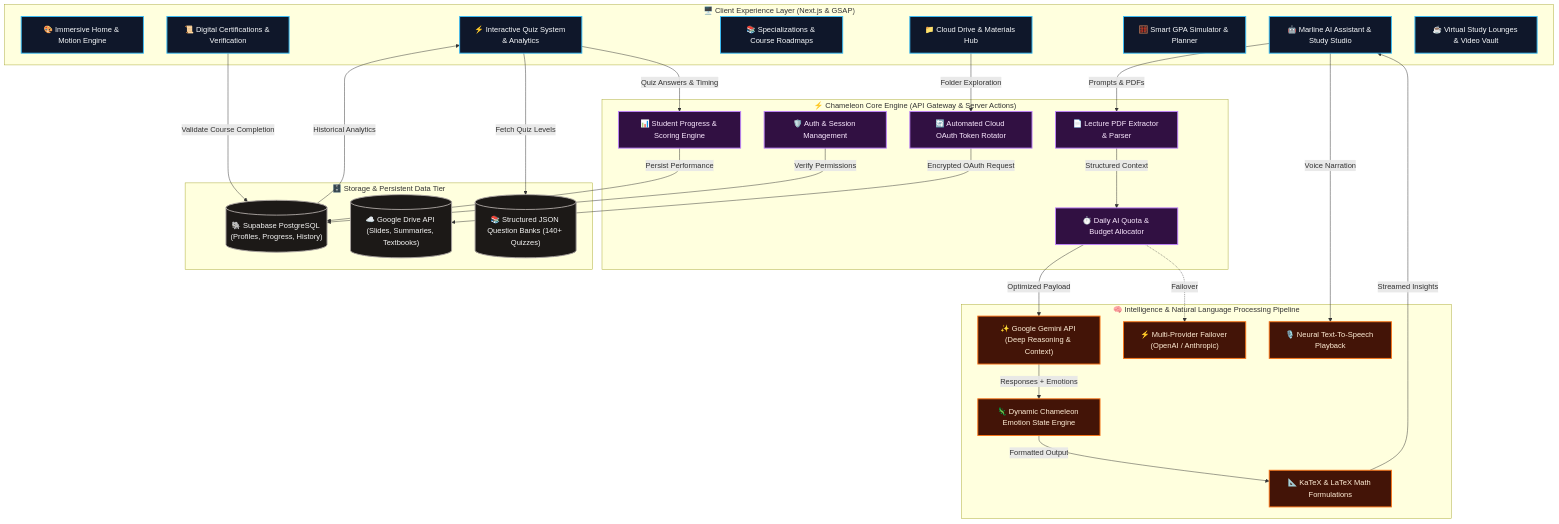
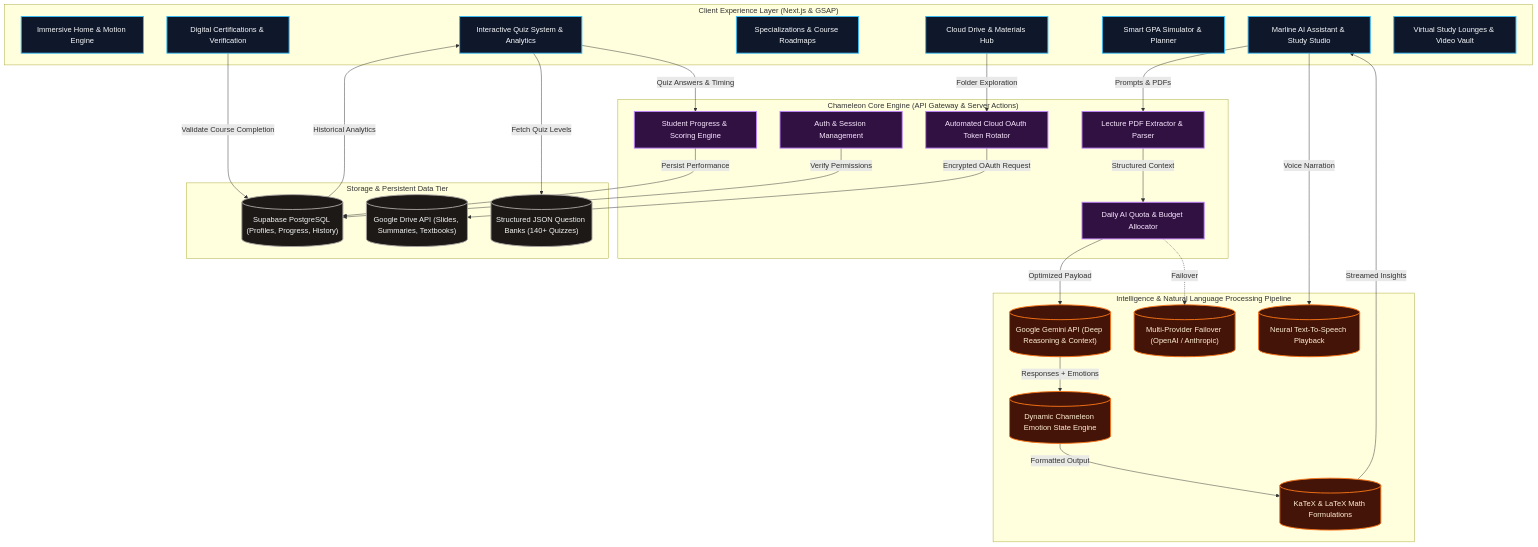
Before and after one commit to poz659312-afk/Version_3_testing: the first of 3 diagrams in README.md, drawn with Mermaid. The commit also changed other lines of this file and 1 other file, not shown here.

````diff
--- a/README.md
+++ b/README.md
@@ -24,73 +24,73 @@
 ```mermaid
 flowchart TB
     %% Styling & Theme
     classDef clientLayer fill:#0f172a,stroke:#38bdf8,stroke-width:2px,color:#f8fafc;
     classDef aiEngine fill:#431407,stroke:#f97316,stroke-width:2px,color:#ffedd5;
     classDef quizEngine fill:#052e16,stroke:#22c55e,stroke-width:2px,color:#dcfce7;
     classDef coreGateway fill:#311042,stroke:#c084fc,stroke-width:2px,color:#fae8ff;
     classDef dataStore fill:#1c1917,stroke:#a8a29e,stroke-width:2px,color:#f5f5f4;
 
     %% Client Frontend Experience
-    subgraph UI_EXPERIENCE["🖥️ Client Experience Layer (Next.js & GSAP)"]
-        UI_HOME["🎨 Immersive Home & Motion Engine"]
-        UI_MARLINE["🤖 Marline AI Assistant & Study Studio"]
-        UI_QUIZ["⚡ Interactive Quiz System & Analytics"]
-        UI_TRACKS["📚 Specializations & Course Roadmaps"]
-        UI_DRIVE["📁 Cloud Drive & Materials Hub"]
-        UI_CALC["🧮 Smart GPA Simulator & Planner"]
-        UI_CERT["📜 Digital Certifications & Verification"]
-        UI_SPACES["☕ Virtual Study Lounges & Video Vault"]
+    subgraph UI_EXPERIENCE["Client Experience Layer (Next.js & GSAP)"]
+        UI_HOME["Immersive Home & Motion Engine"]
+        UI_MARLINE["Marline AI Assistant & Study Studio"]
+        UI_QUIZ["Interactive Quiz System & Analytics"]
+        UI_TRACKS["Specializations & Course Roadmaps"]
+        UI_DRIVE["Cloud Drive & Materials Hub"]
+        UI_CALC["Smart GPA Simulator & Planner"]
+        UI_CERT["Digital Certifications & Verification"]
+        UI_SPACES["Virtual Study Lounges & Video Vault"]
     end
 
     %% Next.js Application Core
-    subgraph CORE_GATEWAY["⚡ Chameleon Core Engine (API Gateway & Server Actions)"]
-        AUTH_GUARD["🛡️ Auth & Session Management"]
-        RATE_LIMIT["⏱️ Daily AI Quota & Budget Allocator"]
-        PDF_PARSER["📄 Lecture PDF Extractor & Parser"]
-        ANALYTICS_ENG["📊 Student Progress & Scoring Engine"]
-        CRON_REFRESH["🔄 Automated Cloud OAuth Token Rotator"]
+    subgraph CORE_GATEWAY["Chameleon Core Engine (API Gateway & Server Actions)"]
+        AUTH_GUARD["Auth & Session Management"]
+        RATE_LIMIT["Daily AI Quota & Budget Allocator"]
+        PDF_PARSER["Lecture PDF Extractor & Parser"]
+        ANALYTICS_ENG["Student Progress & Scoring Engine"]
+        CRON_REFRESH["Automated Cloud OAuth Token Rotator"]
     end
 
     %% AI & Intelligence Services
-    subgraph AI_SERVICES["🧠 Intelligence & Natural Language Processing Pipeline"]
-        LLM_GEMINI["✨ Google Gemini API (Deep Reasoning & Context)"]
-        LLM_FALLBACK["⚡ Multi-Provider Failover (OpenAI / Anthropic)"]
-        TTS_AUDIO["🎙️ Neural Text-To-Speech Playback"]
-        EMOTION_ENG["🦎 Dynamic Chameleon Emotion State Engine"]
-        LATEX_RENDER["📐 KaTeX & LaTeX Math Formulations"]
+    subgraph AI_SERVICES["Intelligence & Natural Language Processing Pipeline"]
+        LLM_GEMINI[("Google Gemini API (Deep Reasoning & Context)")]
+        LLM_FALLBACK[("Multi-Provider Failover (OpenAI / Anthropic)")]
+        TTS_AUDIO[("Neural Text-To-Speech Playback")]
+        EMOTION_ENG[("Dynamic Chameleon Emotion State Engine")]
+        LATEX_RENDER[("KaTeX & LaTeX Math Formulations")]
     end
 
     %% Backend & Persistent Storage
-    subgraph STORAGE_LAYER["🗄️ Storage & Persistent Data Tier"]
-        DB_SUPABASE[("🐘 Supabase PostgreSQL (Profiles, Progress, History)")]
-        DRIVE_STORAGE[("☁️ Google Drive API (Slides, Summaries, Textbooks)")]
-        QUIZ_BANK[("📚 Structured JSON Question Banks (140+ Quizzes)")]
+    subgraph STORAGE_LAYER["Storage & Persistent Data Tier"]
+        DB_SUPABASE[("Supabase PostgreSQL (Profiles, Progress, History)")]
+        DRIVE_STORAGE[("Google Drive API (Slides, Summaries, Textbooks)")]
+        QUIZ_BANK[("Structured JSON Question Banks (140+ Quizzes)")]
     end
 
     %% Interaction Links
     UI_MARLINE -->|"Prompts & PDFs"| PDF_PARSER
     PDF_PARSER -->|"Structured Context"| RATE_LIMIT
     RATE_LIMIT -->|"Optimized Payload"| LLM_GEMINI
     RATE_LIMIT -.->|"Failover"| LLM_FALLBACK
     LLM_GEMINI -->|"Responses + Emotions"| EMOTION_ENG
     EMOTION_ENG -->|"Formatted Output"| LATEX_RENDER
     LATEX_RENDER -->|"Streamed Insights"| UI_MARLINE
     UI_MARLINE -->|"Voice Narration"| TTS_AUDIO
 
     UI_QUIZ -->|"Quiz Answers & Timing"| ANALYTICS_ENG
     ANALYTICS_ENG -->|"Persist Performance"| DB_SUPABASE
     DB_SUPABASE -->|"Historical Analytics"| UI_QUIZ
 
     UI_DRIVE -->|"Folder Exploration"| CRON_REFRESH
     CRON_REFRESH -->|"Encrypted OAuth Request"| DRIVE_STORAGE
 
     AUTH_GUARD -->|"Verify Permissions"| DB_SUPABASE
     UI_QUIZ -->|"Fetch Quiz Levels"| QUIZ_BANK
     UI_CERT -->|"Validate Course Completion"| DB_SUPABASE
 
     %% Apply Classes
     class UI_HOME,UI_MARLINE,UI_QUIZ,UI_TRACKS,UI_DRIVE,UI_CALC,UI_CERT,UI_SPACES clientLayer;
     class AUTH_GUARD,RATE_LIMIT,PDF_PARSER,ANALYTICS_ENG,CRON_REFRESH coreGateway;
     class LLM_GEMINI,LLM_FALLBACK,TTS_AUDIO,EMOTION_ENG,LATEX_RENDER aiEngine;
     class DB_SUPABASE,DRIVE_STORAGE,QUIZ_BANK dataStore;
 ```
````
